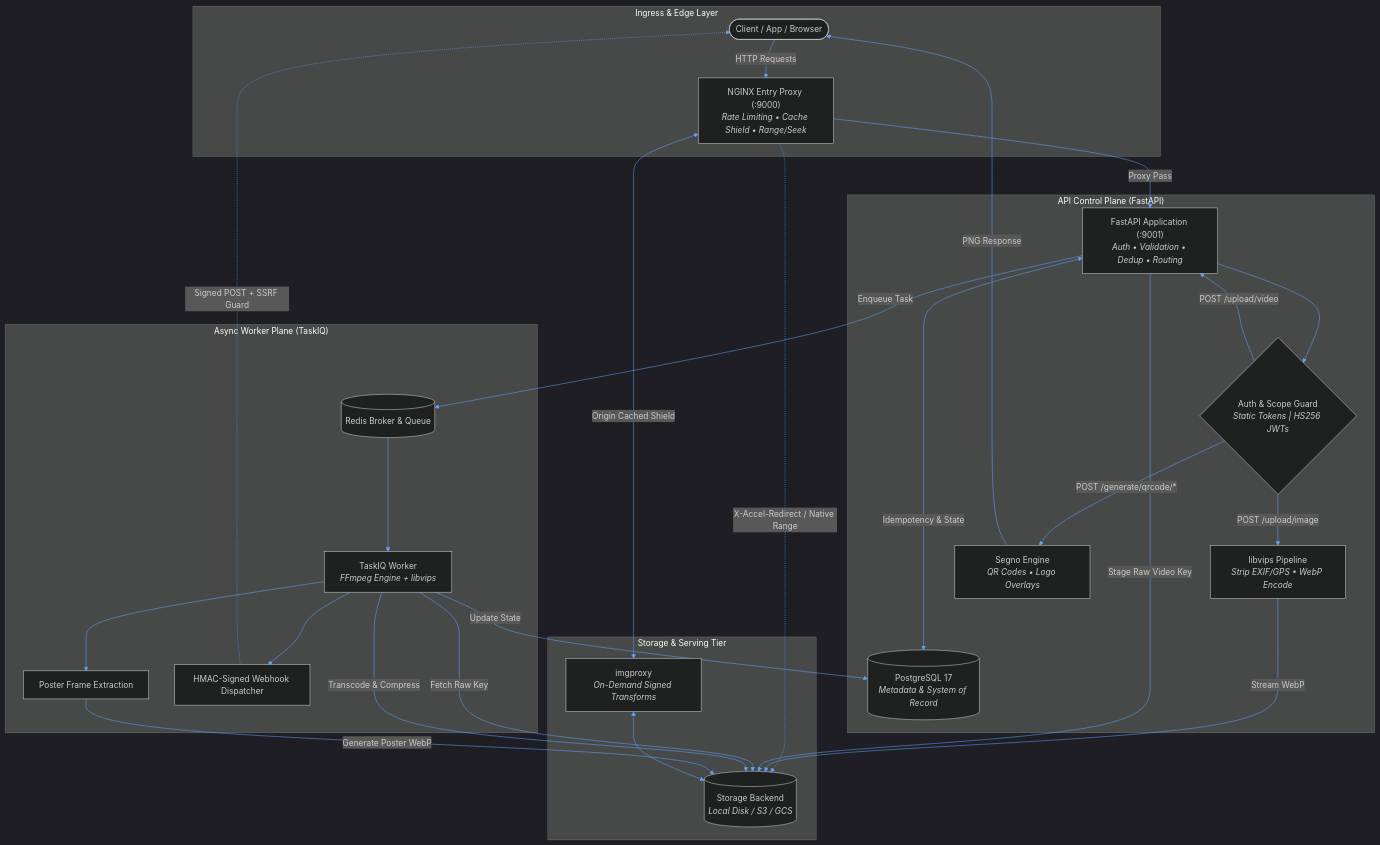
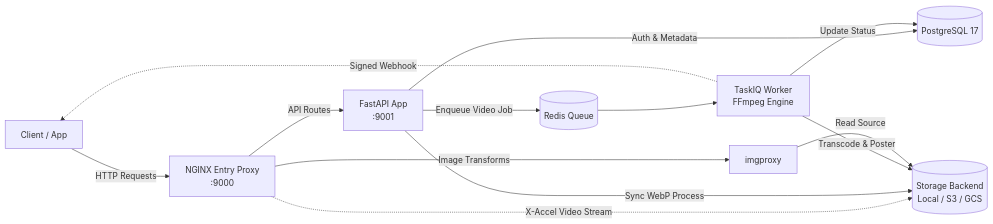
The diagram in readme.md (JexPY/filemanager-fastapi), drawn with Mermaid before and after one commit. The commit also changed other lines of this file, not shown here.

Commit message:
docs: simplify architecture diagram and streamline breakdown

````diff
--- a/readme.md
+++ b/readme.md
@@ -50,59 +48,19 @@
 ```mermaid
-%%{init: {'theme': 'dark', 'themeVariables': { 'primaryColor': '#1e293b', 'primaryTextColor': '#f8fafc', 'primaryBorderColor': '#3b82f6', 'lineColor': '#60a5fa', 'secondaryColor': '#0f172a', 'tertiaryColor': '#1e1e2e'}}}%%
-flowchart TD
-    subgraph Ingress ["Ingress & Edge Layer"]
-        Client(["Client / App / Browser"])
-        Nginx["NGINX Entry Proxy (:9000)<br/><i>Rate Limiting • Cache Shield • Range/Seek</i>"]
-    end
+flowchart LR
+    Client[Client / App] -->|HTTP Requests| Nginx[NGINX Entry Proxy<br/>:9000]
+    
+    Nginx -->|API Routes| API[FastAPI App<br/>:9001]
+    Nginx -->|Image Transforms| Imgproxy[imgproxy]
+    Nginx -.->|X-Accel Video Stream| Storage[(Storage Backend<br/>Local / S3 / GCS)]
 
-    subgraph AppPlane ["API Control Plane (FastAPI)"]
-        API["FastAPI Application (:9001)<br/><i>Auth • Validation • Dedup • Routing</i>"]
-        AuthModule{"Auth & Scope Guard<br/><i>Static Tokens | HS256 JWTs</i>"}
-        VIPS["libvips Pipeline<br/><i>Strip EXIF/GPS • WebP Encode</i>"]
-        Segno["Segno Engine<br/><i>QR Codes • Logo Overlays</i>"]
-        DB[(PostgreSQL 17<br/><i>Metadata & System of Record</i>)]
-    end
+    API -->|Auth & Metadata| DB[(PostgreSQL 17)]
+    API -->|Sync WebP Process| Storage
+    API -->|Enqueue Video Job| Redis[(Redis Queue)]
 
-    subgraph AsyncPlane ["Async Worker Plane (TaskIQ)"]
-        Redis[("Redis Broker & Queue")]
-        Worker["TaskIQ Worker<br/><i>FFmpeg Engine + libvips</i>"]
-        PosterTask["Poster Frame Extraction"]
-        WebhookTask["HMAC-Signed Webhook Dispatcher"]
-    end
+    Redis --> Worker[TaskIQ Worker<br/>FFmpeg Engine]
+    Worker -->|Transcode & Poster| Storage
+    Worker -->|Update Status| DB
+    Worker -.->|Signed Webhook| Client
 
-    subgraph StoragePlane ["Storage & Serving Tier"]
-        Storage[("Storage Backend<br/><i>Local Disk / S3 / GCS</i>")]
-        Imgproxy["imgproxy<br/><i>On-Demand Signed Transforms</i>"]
-    end
-
-    %% Ingress Connections
-    Client -->|HTTP Requests| Nginx
-    Nginx -->|Proxy Pass| API
-    Nginx -.->|X-Accel-Redirect / Native Range| Storage
-
-    %% API Internal Flow
-    API --> AuthModule
-    AuthModule -->|POST /upload/image| VIPS
-    AuthModule -->|POST /generate/qrcode/*| Segno
-    AuthModule -->|POST /upload/video| API
-    
-    VIPS -->|Stream WebP| Storage
-    API -->|Stage Raw Video Key| Storage
-    API -->|Enqueue Task| Redis
-    API <-->|Idempotency & State| DB
-    Segno -->|PNG Response| Client
-
-    %% Worker Flow
-    Redis --> Worker
-    Worker -->|Fetch Raw Key| Storage
-    Worker -->|Transcode & Compress| Storage
-    Worker --> PosterTask
-    PosterTask -->|Generate Poster WebP| Storage
-    Worker -->|Update State| DB
-    Worker --> WebhookTask
-    WebhookTask -.->|Signed POST + SSRF Guard| Client
-
-    %% Playback & Serving Flow
-    Imgproxy <--> Storage
-    Nginx <-->|Origin Cached Shield| Imgproxy
+    Imgproxy -->|Read Source| Storage
 ```
````
